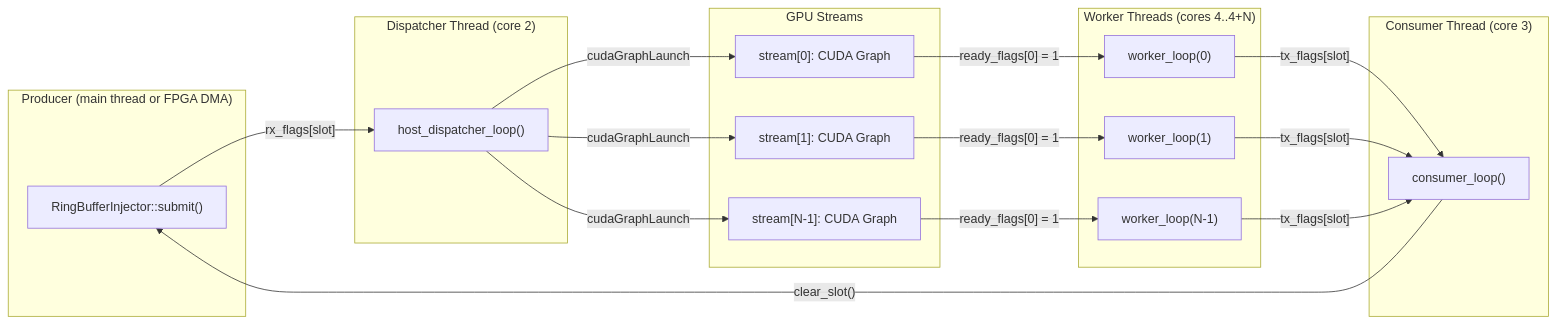
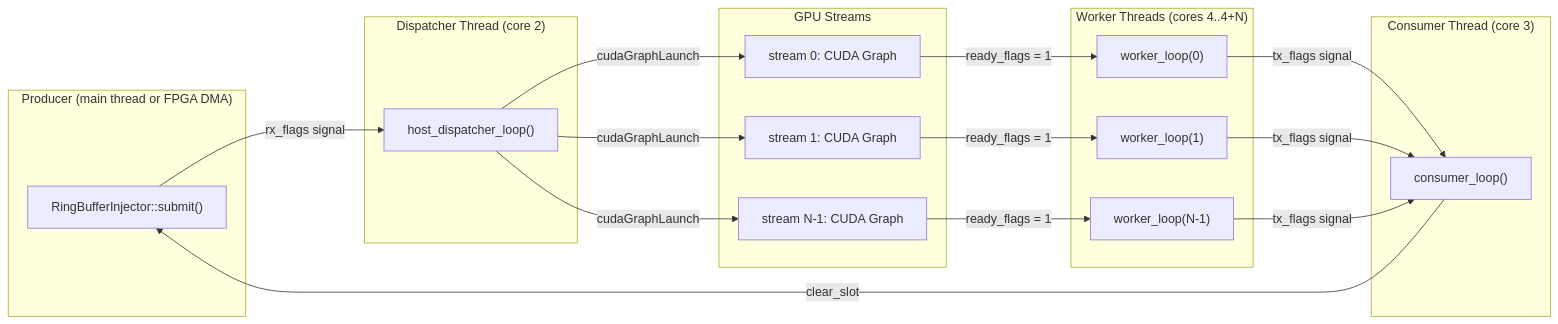
Before and after one commit to wsttiger/cudaqx: the second of 7 diagrams in docs/realtime_pipeline_architecture.md, drawn with Mermaid. The commit also changed other lines of this file, not shown here.

Commit message:
Fixed errors in mermaid diagram

````diff
--- a/docs/realtime_pipeline_architecture.md
+++ b/docs/realtime_pipeline_architecture.md
@@ -66,38 +66,38 @@
 ```mermaid
 flowchart LR
     subgraph "Producer (main thread or FPGA DMA)"
         P["RingBufferInjector::submit()"]
     end
 
     subgraph "Dispatcher Thread (core 2)"
         D["host_dispatcher_loop()"]
     end
 
     subgraph "Worker Threads (cores 4..4+N)"
         W0["worker_loop(0)"]
         W1["worker_loop(1)"]
         Wn["worker_loop(N-1)"]
     end
 
     subgraph "Consumer Thread (core 3)"
         C["consumer_loop()"]
     end
 
     subgraph "GPU Streams"
-        G0["stream[0]: CUDA Graph"]
-        G1["stream[1]: CUDA Graph"]
-        Gn["stream[N-1]: CUDA Graph"]
+        G0["stream 0: CUDA Graph"]
+        G1["stream 1: CUDA Graph"]
+        Gn["stream N-1: CUDA Graph"]
     end
 
-    P -->|"rx_flags[slot]"| D
+    P -->|"rx_flags signal"| D
     D -->|"cudaGraphLaunch"| G0
     D -->|"cudaGraphLaunch"| G1
     D -->|"cudaGraphLaunch"| Gn
-    G0 -->|"ready_flags[0] = 1"| W0
-    G1 -->|"ready_flags[0] = 1"| W1
-    Gn -->|"ready_flags[0] = 1"| Wn
-    W0 -->|"tx_flags[slot]"| C
-    W1 -->|"tx_flags[slot]"| C
-    Wn -->|"tx_flags[slot]"| C
-    C -->|"clear_slot()"| P
+    G0 -->|"ready_flags = 1"| W0
+    G1 -->|"ready_flags = 1"| W1
+    Gn -->|"ready_flags = 1"| Wn
+    W0 -->|"tx_flags signal"| C
+    W1 -->|"tx_flags signal"| C
+    Wn -->|"tx_flags signal"| C
+    C -->|"clear_slot"| P
 ```
````
